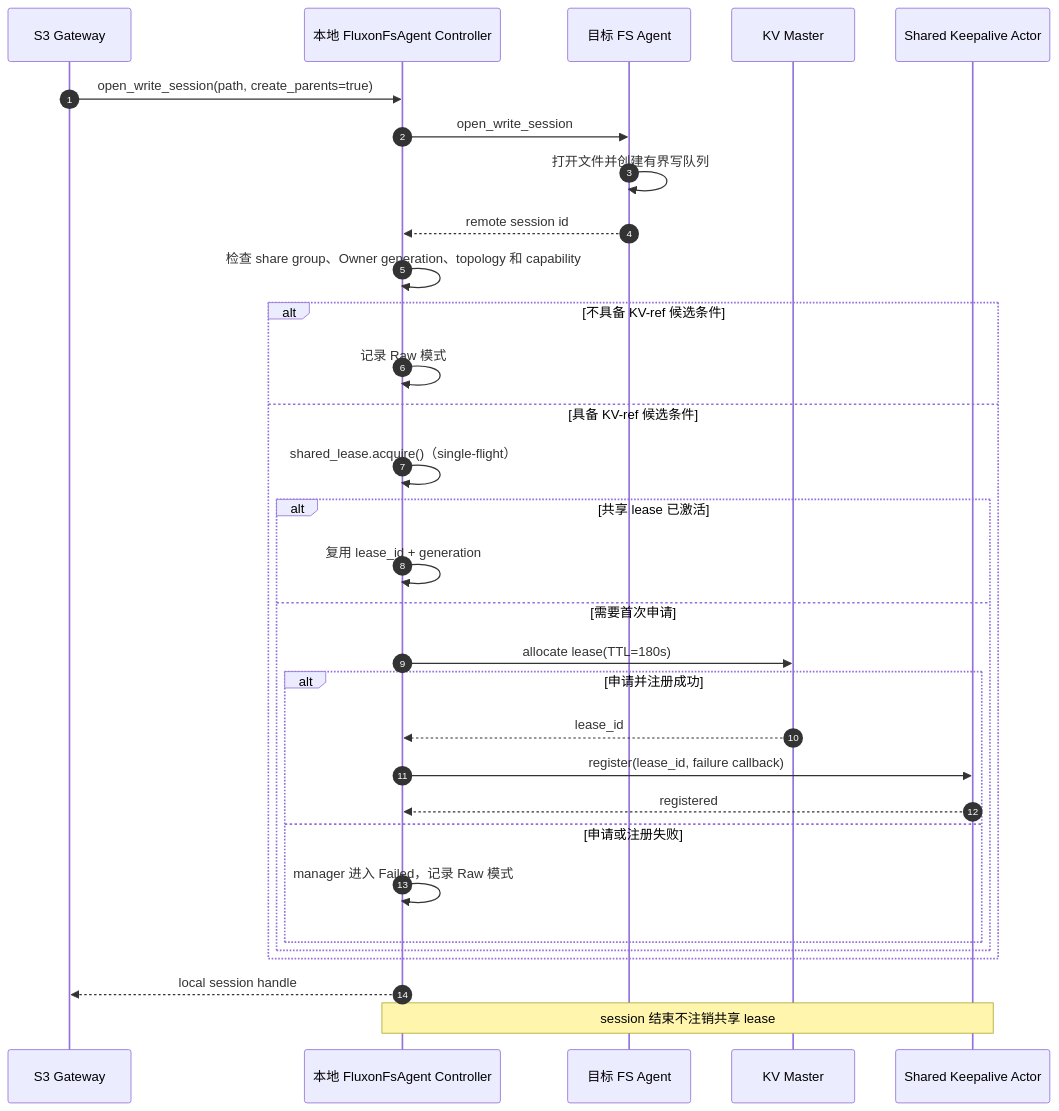
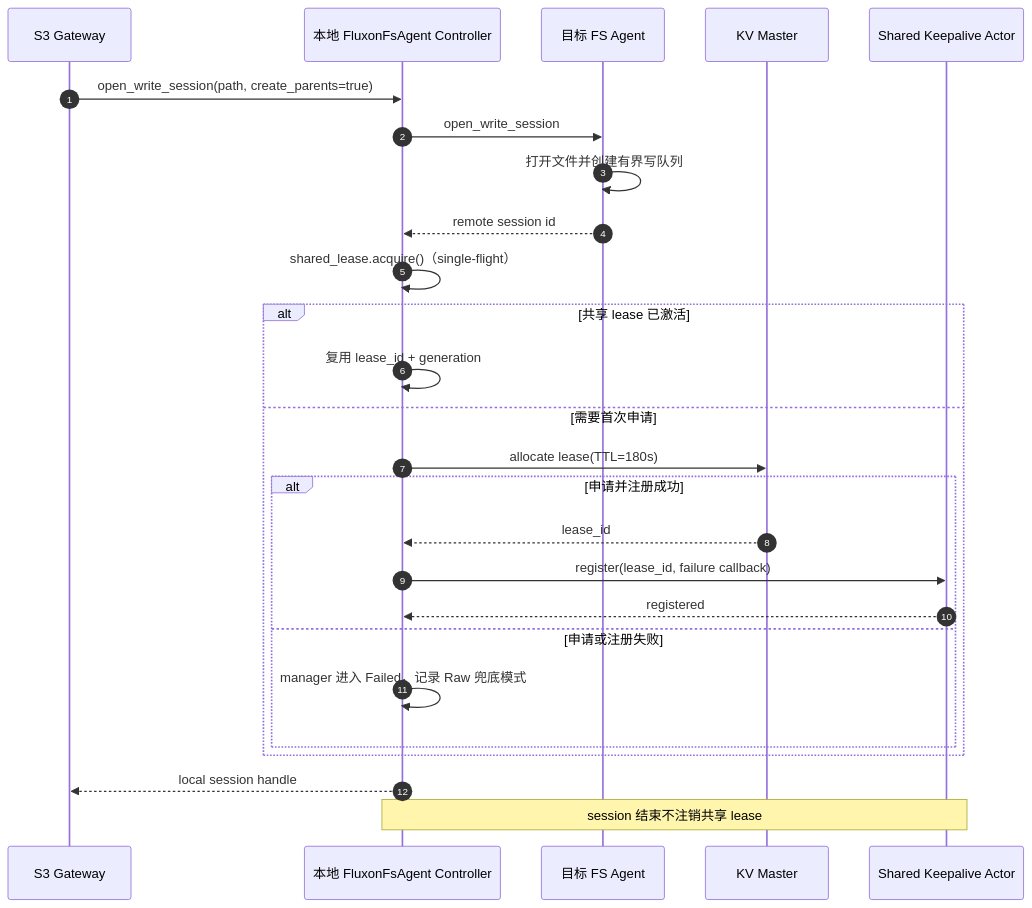
One commit to Tele-AI/Fluxon changed the eighth of 20 diagrams in fluxon_doc_cn/design/fs_s3_1_混合写入链路.md. Above: the diagram before and after it, drawn with Mermaid. The commit also changed other lines of this file and 3 other files, not shown here.

````diff
--- a/fluxon_doc_cn/design/fs_s3_1_混合写入链路.md
+++ b/fluxon_doc_cn/design/fs_s3_1_混合写入链路.md
@@ -538,35 +536,29 @@
 ```mermaid
 sequenceDiagram
     autonumber
     participant G as S3 Gateway
     participant C as 本地 FluxonFsAgent Controller
     participant A as 目标 FS Agent
     participant M as KV Master
     participant K as Shared Keepalive Actor
 
     G->>C: open_write_session(path, create_parents=true)
     C->>A: open_write_session
     A->>A: 打开文件并创建有界写队列
     A-->>C: remote session id
-    C->>C: 检查 share group、Owner generation、topology 和 capability
-
-    alt 不具备 KV-ref 候选条件
-        C->>C: 记录 Raw 模式
-    else 具备 KV-ref 候选条件
-        C->>C: shared_lease.acquire()（single-flight）
-        alt 共享 lease 已激活
-            C->>C: 复用 lease_id + generation
-        else 需要首次申请
-            C->>M: allocate lease(TTL=180s)
-            alt 申请并注册成功
-                M-->>C: lease_id
-                C->>K: register(lease_id, failure callback)
-                K-->>C: registered
-            else 申请或注册失败
-                C->>C: manager 进入 Failed，记录 Raw 模式
-            end
+    C->>C: shared_lease.acquire()（single-flight）
+    alt 共享 lease 已激活
+        C->>C: 复用 lease_id + generation
+    else 需要首次申请
+        C->>M: allocate lease(TTL=180s)
+        alt 申请并注册成功
+            M-->>C: lease_id
+            C->>K: register(lease_id, failure callback)
+            K-->>C: registered
+        else 申请或注册失败
+            C->>C: manager 进入 Failed，记录 Raw 兜底模式
         end
     end
     C-->>G: local session handle
     Note over C,K: session 结束不注销共享 lease
 ```
````
